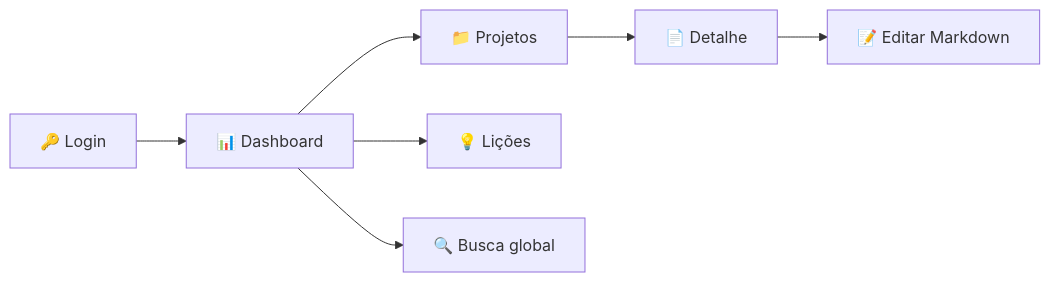
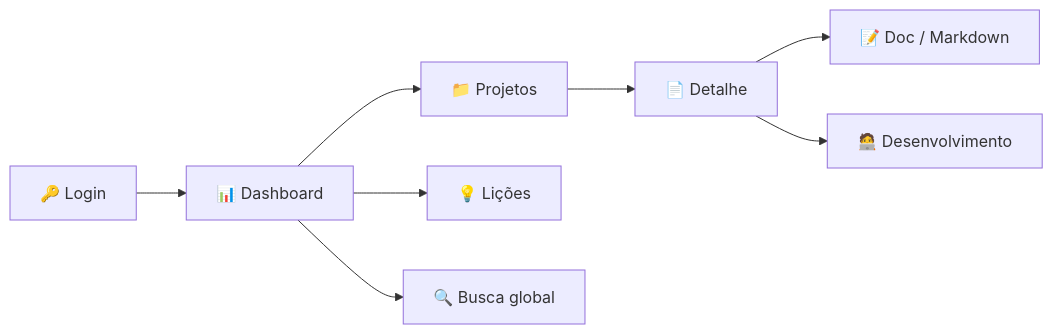
One commit to artjansentec/atlasKnowledge changed the diagram in README.md. Above: the diagram before and after it, drawn with Mermaid. The commit also changed other lines of this file, not shown here.

````diff
--- a/README.md
+++ b/README.md
@@ -118,9 +143,10 @@
 ```mermaid
 flowchart LR
     A[🔑 Login] --> B[📊 Dashboard]
     B --> C[📁 Projetos]
     C --> D[📄 Detalhe]
-    D --> E[📝 Editar Markdown]
+    D --> E[📝 Doc / Markdown]
+    D --> H[🧑‍💻 Desenvolvimento]
     B --> F[💡 Lições]
     B --> G[🔍 Busca global]
 ```
````
